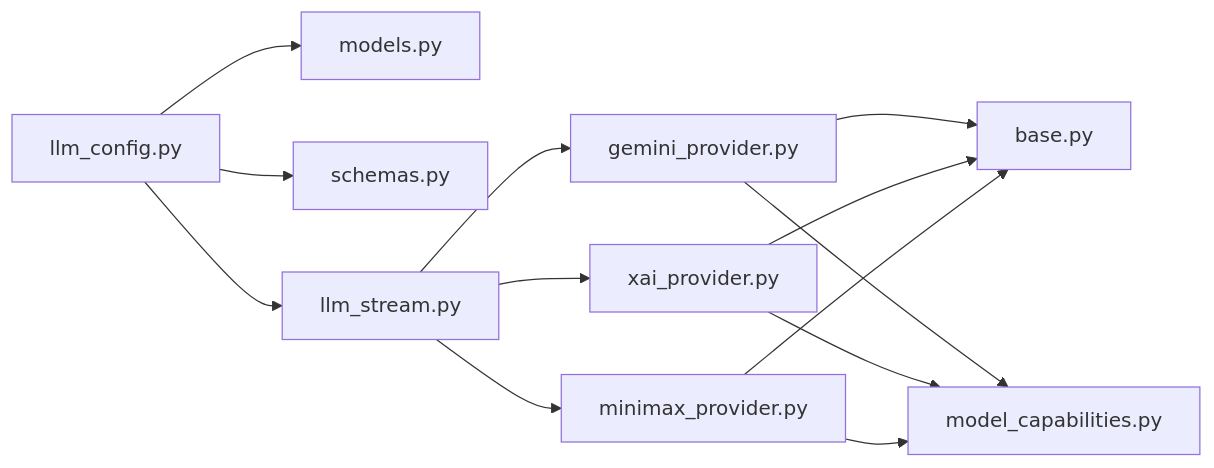
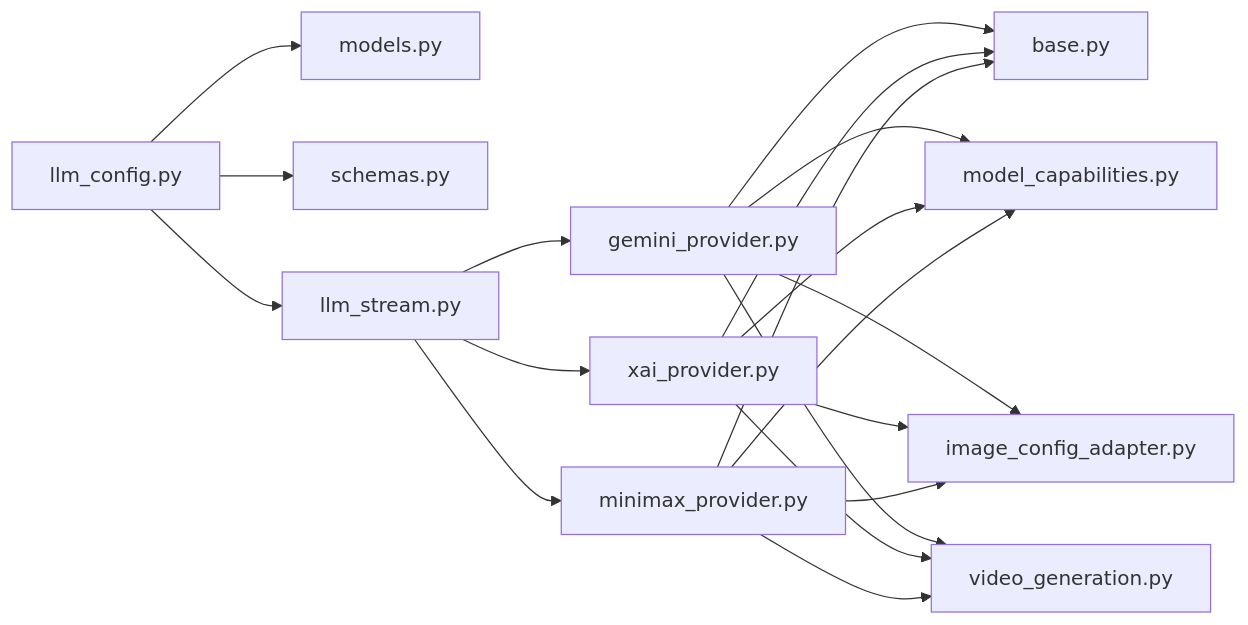
One commit to KunLabAI/KunFlix changed the fifth of 5 diagrams in .qoder/repowiki/zh/content/AI服务集成/LLM服务提供商.md. Above: the diagram before and after it, drawn with Mermaid. The commit also changed other lines of this file and 13 other files, not shown here.

First line of the commit message:
feat(tool_manager): 集成图像编辑、视频编辑与画布节点管理工具

````diff
--- a/.qoder/repowiki/zh/content/AI服务集成/LLM服务提供商.md
+++ b/.qoder/repowiki/zh/content/AI服务集成/LLM服务提供商.md
@@ -331,15 +376,21 @@
 ```mermaid
 graph LR
 Router["llm_config.py"] --> Models["models.py"]
 Router --> Schemas["schemas.py"]
 Router --> Stream["llm_stream.py"]
 Stream --> Gemini["gemini_provider.py"]
 Stream --> XAI["xai_provider.py"]
 Stream --> MiniMax["minimax_provider.py"]
 Gemini --> Base["base.py"]
 XAI --> Base
 MiniMax --> Base
 Gemini --> Cap["model_capabilities.py"]
 XAI --> Cap
 MiniMax --> Cap
+Gemini --> ImgAdapter["image_config_adapter.py"]
+XAI --> ImgAdapter
+MiniMax --> ImgAdapter
+Gemini --> ProvInfer["video_generation.py"]
+XAI --> ProvInfer
+MiniMax --> ProvInfer
 ```
````
